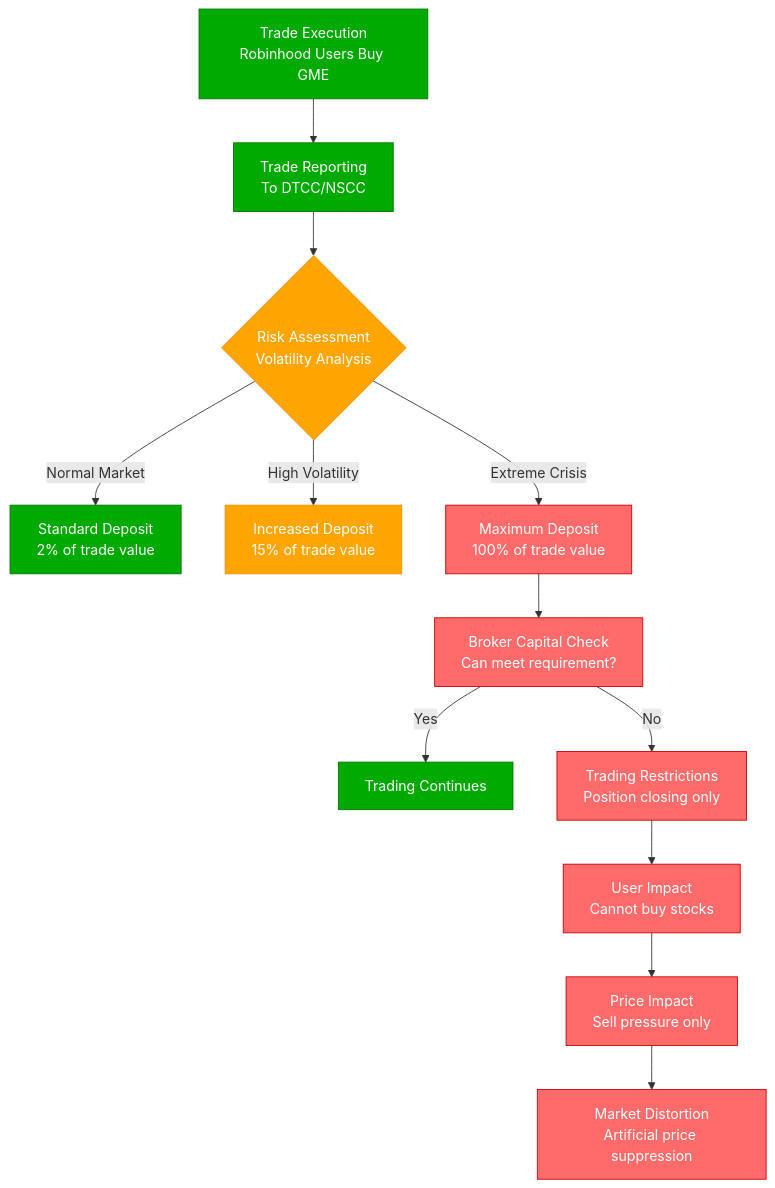
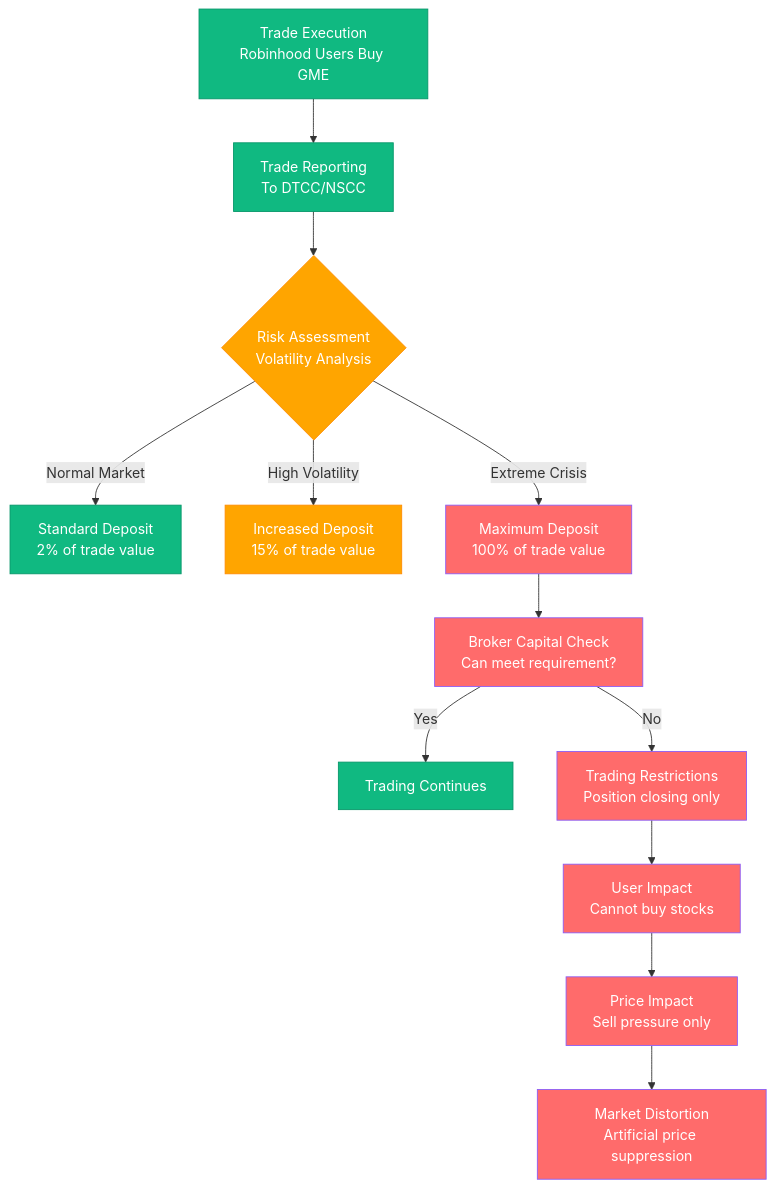
Before and after one commit to deepaucksharma/DS: the fifth of 11 diagrams in site/docs/incidents/robinhood-january-2021.md, drawn with Mermaid. The commit also changed other lines of this file and 303 other files, not shown here.

````diff
--- a/site/docs/incidents/robinhood-january-2021.md
+++ b/site/docs/incidents/robinhood-january-2021.md
@@ -203,25 +203,25 @@
 ```mermaid
 flowchart TD
     A[Trade Execution<br/>Robinhood Users Buy GME] --> B[Trade Reporting<br/>To DTCC/NSCC]
     B --> C{Risk Assessment<br/>Volatility Analysis}
 
     C -->|Normal Market| D[Standard Deposit<br/>2% of trade value]
     C -->|High Volatility| E[Increased Deposit<br/>15% of trade value]
     C -->|Extreme Crisis| F[Maximum Deposit<br/>100% of trade value]
 
     F --> G[Broker Capital Check<br/>Can meet requirement?]
     G -->|Yes| H[Trading Continues]
     G -->|No| I[Trading Restrictions<br/>Position closing only]
 
     I --> J[User Impact<br/>Cannot buy stocks]
     J --> K[Price Impact<br/>Sell pressure only]
     K --> L[Market Distortion<br/>Artificial price suppression]
 
-    classDef normal fill:#00AA00,stroke:#007700,color:#fff
+    classDef normal fill:#10B981,stroke:#059669,color:#fff
     classDef warning fill:#FFA500,stroke:#FF8C00,color:#fff
-    classDef crisis fill:#FF6B6B,stroke:#CC0000,color:#fff
+    classDef crisis fill:#FF6B6B,stroke:#8B5CF6,color:#fff
 
     class A,B,D,H normal
     class C,E warning
     class F,G,I,J,K,L crisis
 ```
````
